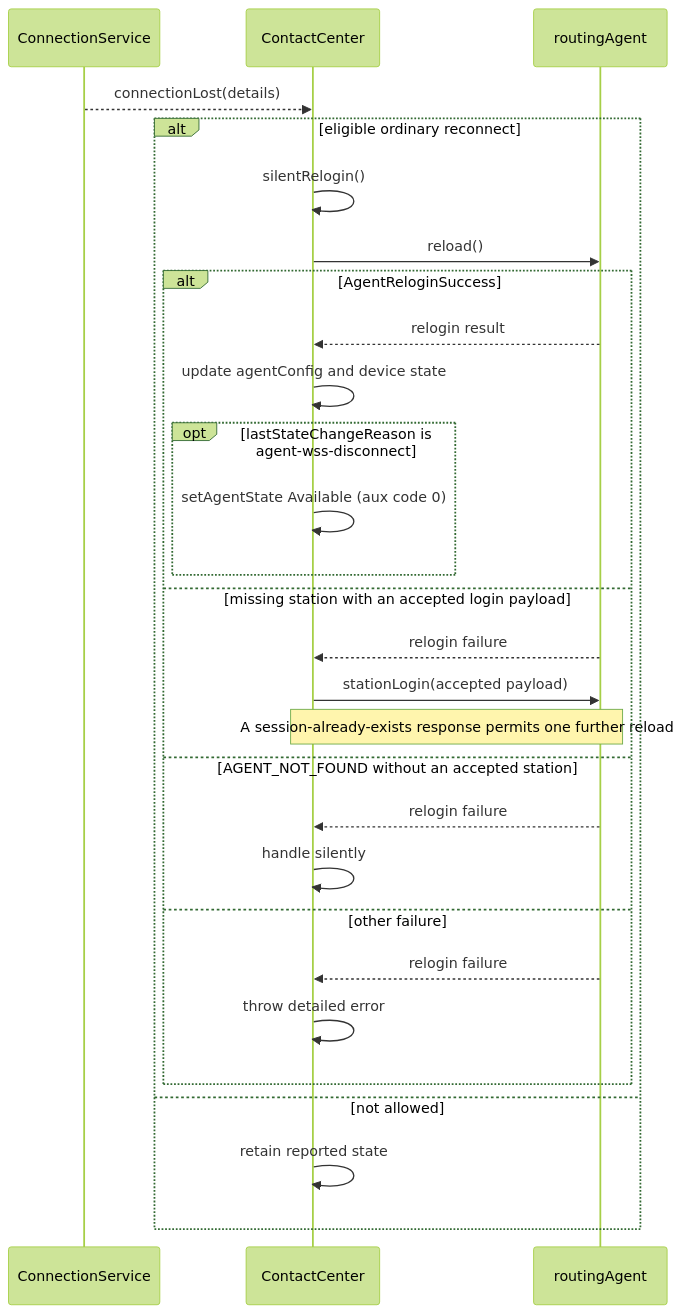
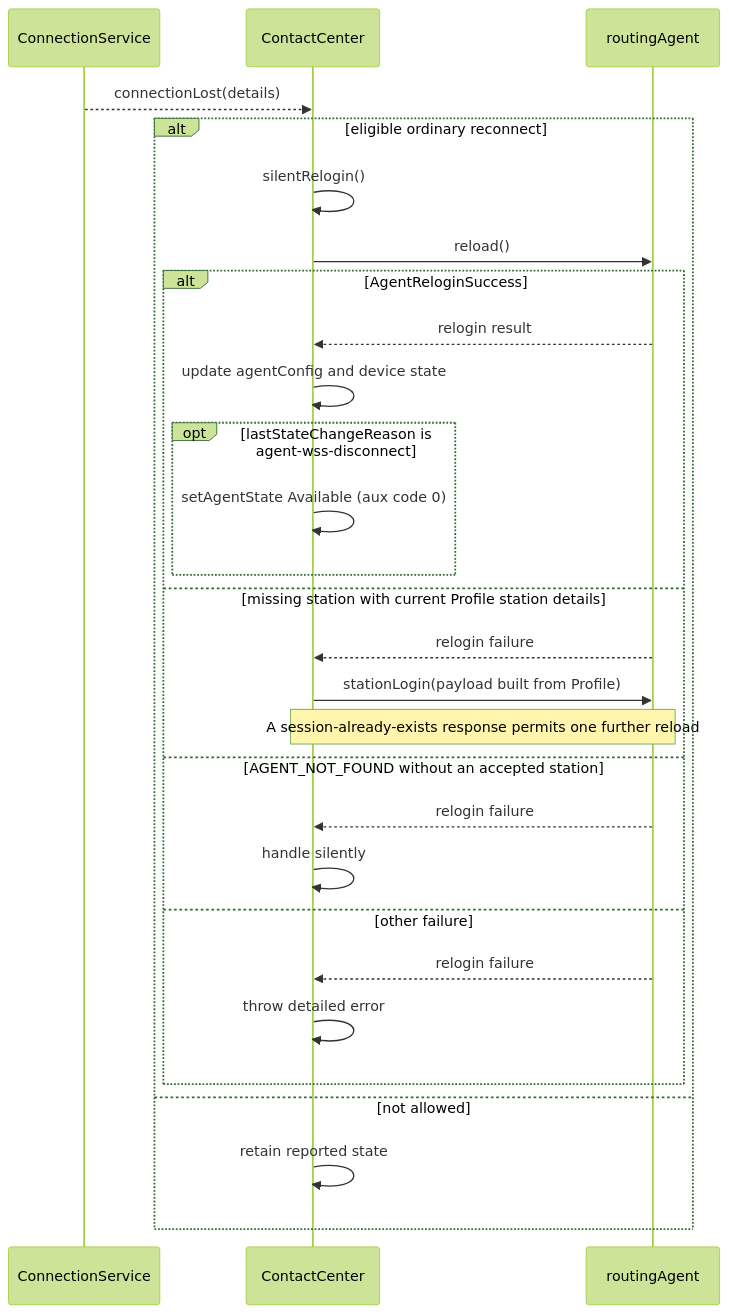
Before and after one commit to webex/webex-js-sdk: the fifth of 7 diagrams in packages/@webex/contact-center/src/services/agent/docs/README.md, drawn with Mermaid (forest theme). The commit also changed other lines of this file and 11 other files, not shown here.

````diff
--- a/packages/@webex/contact-center/src/services/agent/docs/README.md
+++ b/packages/@webex/contact-center/src/services/agent/docs/README.md
@@ -469,30 +469,30 @@
 ```mermaid
 sequenceDiagram
   participant CS as ConnectionService
   participant CC as ContactCenter
   participant Agent as routingAgent
   CS-->>CC: connectionLost(details)
   alt eligible ordinary reconnect
     CC->>CC: silentRelogin()
     CC->>Agent: reload()
     alt AgentReloginSuccess
       Agent-->>CC: relogin result
       CC->>CC: update agentConfig and device state
       opt lastStateChangeReason is agent-wss-disconnect
         CC->>CC: setAgentState Available (aux code 0)
       end
-    else missing station with an accepted login payload
+    else missing station with current Profile station details
       Agent-->>CC: relogin failure
-      CC->>Agent: stationLogin(accepted payload)
+      CC->>Agent: stationLogin(payload built from Profile)
       Note over CC,Agent: A session-already-exists response permits one further reload
     else AGENT_NOT_FOUND without an accepted station
       Agent-->>CC: relogin failure
       CC->>CC: handle silently
     else other failure
       Agent-->>CC: relogin failure
       CC->>CC: throw detailed error
     end
   else not allowed
     CC->>CC: retain reported state
   end
 ```
````
